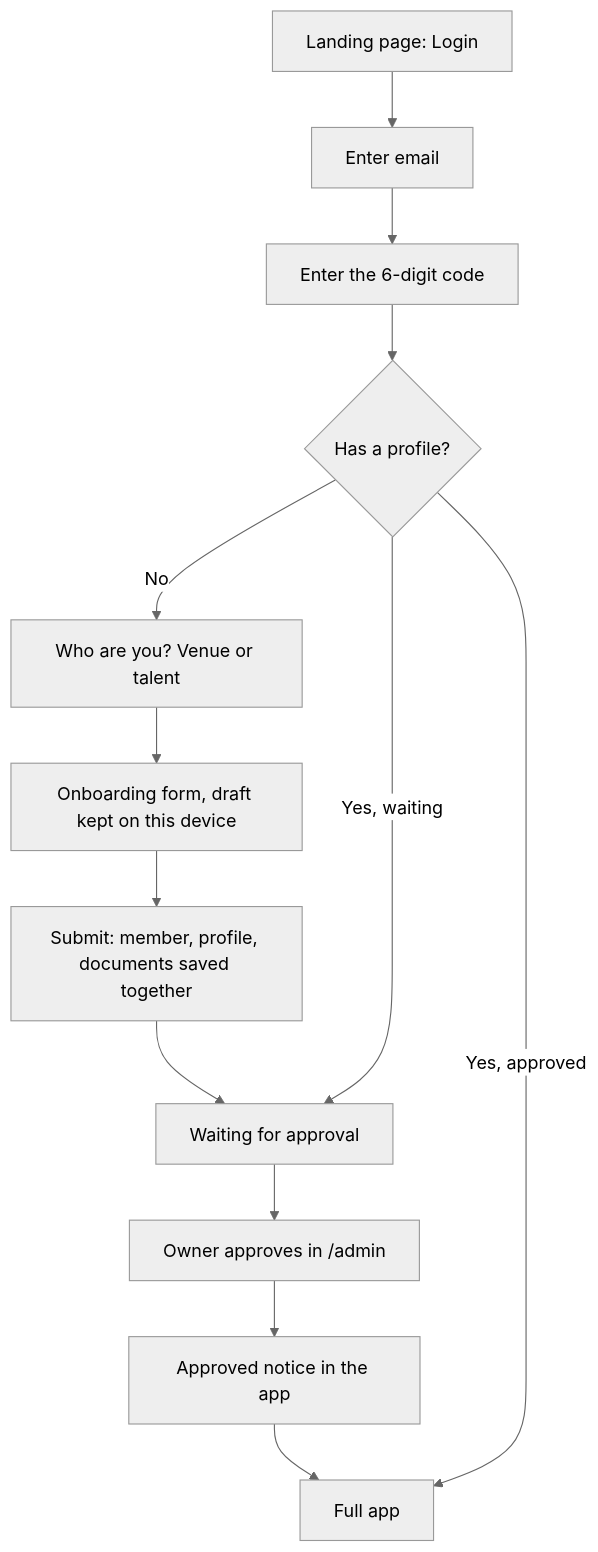
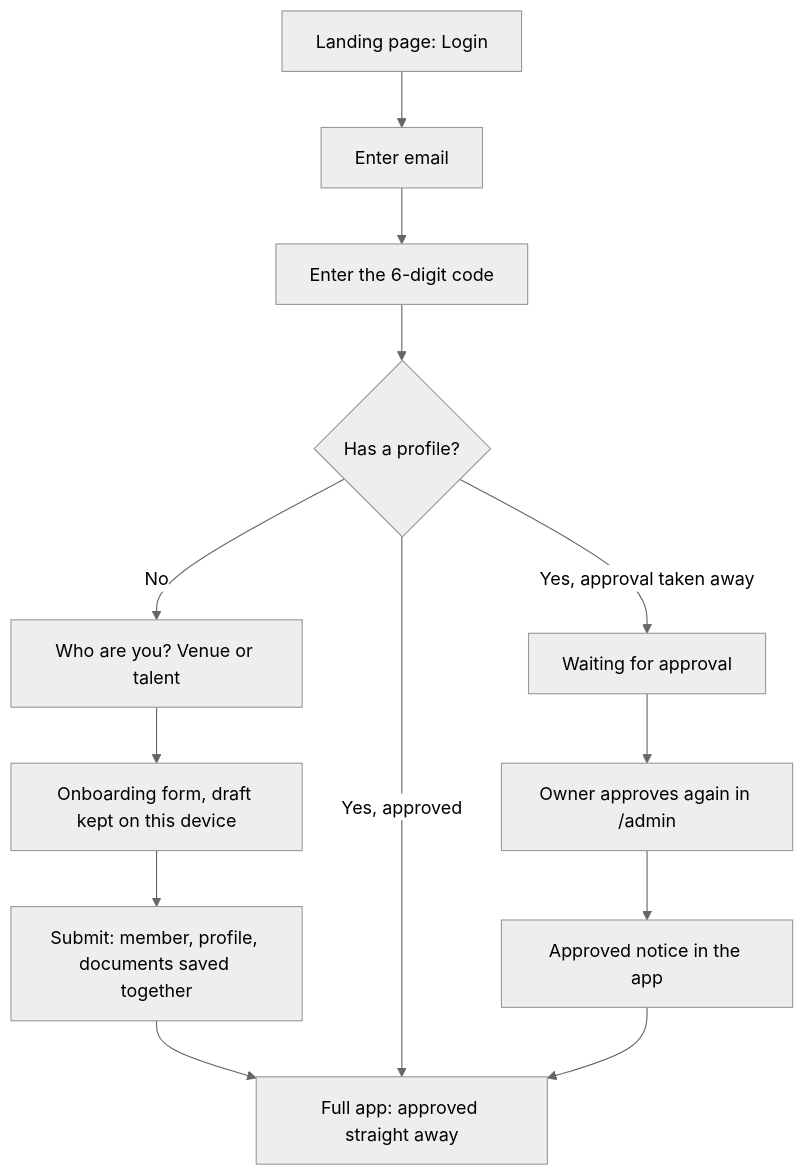
One commit to Envo-Entity/dyuknow changed the diagram in docs/backend/09-signup-login-onboarding.md. Above: the diagram before and after it, drawn with Mermaid (neutral theme). The commit also changed other lines of this file and 3 other files, not shown here.

````diff
--- a/docs/backend/09-signup-login-onboarding.md
+++ b/docs/backend/09-signup-login-onboarding.md
@@ -32,15 +32,15 @@
 ```mermaid
 flowchart TD
     A["Landing page: Login"] --> B["Enter email"]
     B --> C["Enter the 6-digit code"]
     C --> D{"Has a profile?"}
     D -- "No" --> E["Who are you? Venue or talent"]
     E --> F["Onboarding form, draft kept on this device"]
     F --> G["Submit: member, profile, documents saved together"]
-    G --> H["Waiting for approval"]
-    D -- "Yes, waiting" --> H
-    H --> I["Owner approves in /admin"]
+    G --> K["Full app: approved straight away"]
+    D -- "Yes, approved" --> K
+    D -- "Yes, approval taken away" --> H["Waiting for approval"]
+    H --> I["Owner approves again in /admin"]
     I --> J["Approved notice in the app"]
-    J --> K["Full app"]
-    D -- "Yes, approved" --> K
+    J --> K
 ```
````
